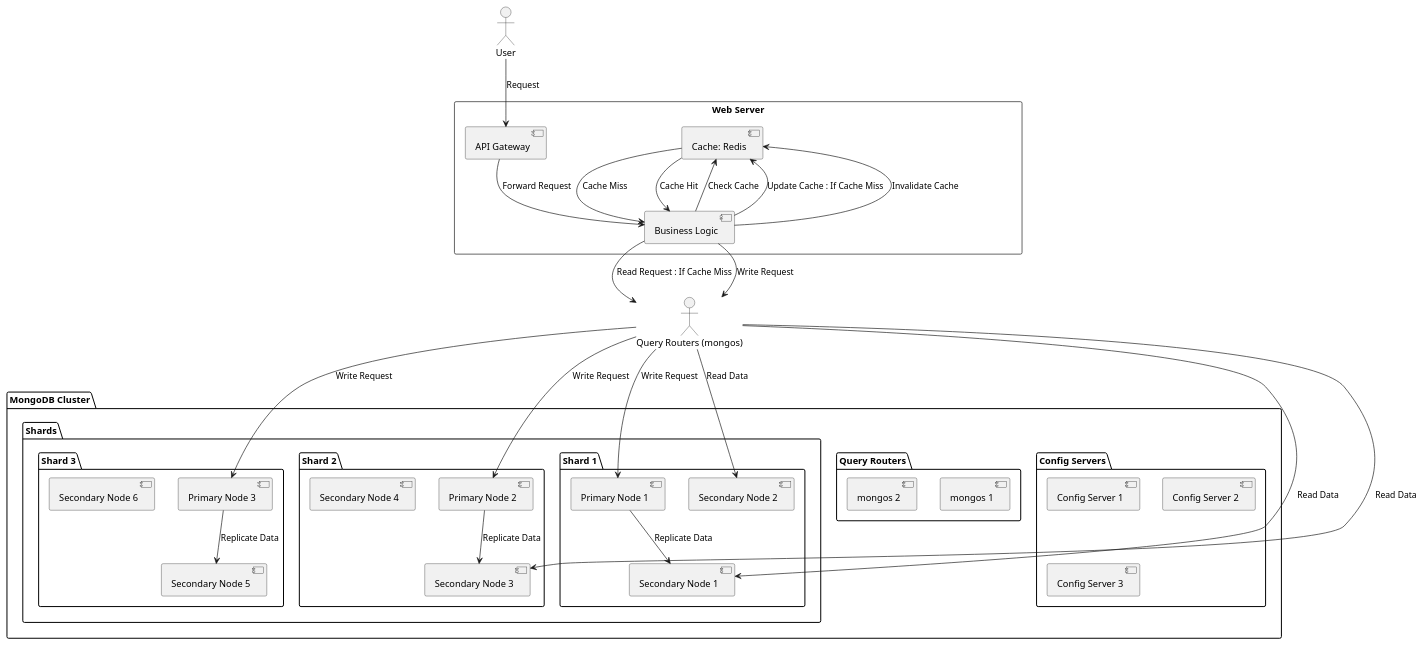
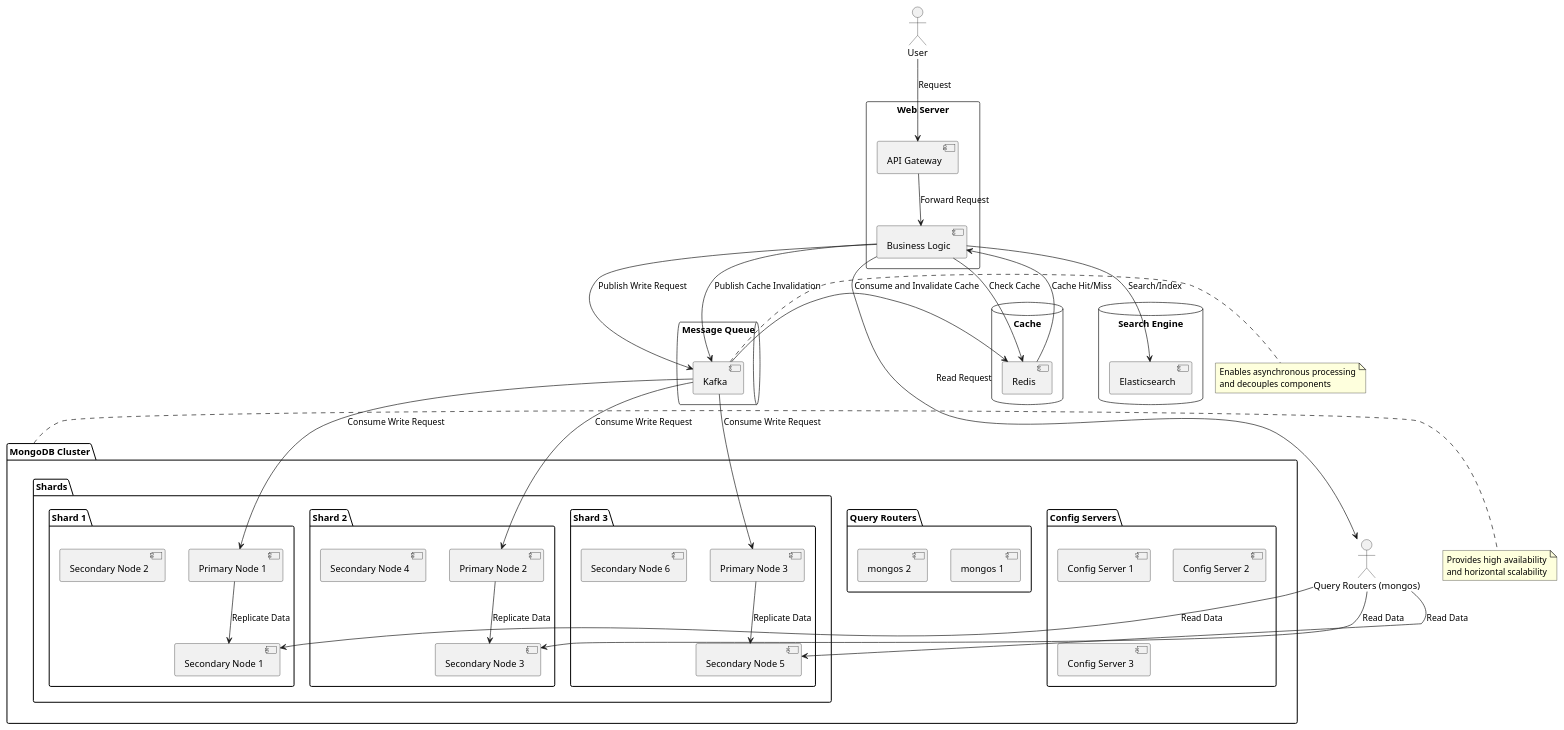
Before and after one commit to huangyingw/system_design: the diagram in high_traffic_calendar/high_traffic_calendar_mongodb_architecture.puml, drawn with PlantUML.

```diff
--- a/high_traffic_calendar/high_traffic_calendar_mongodb_architecture.puml
+++ b/high_traffic_calendar/high_traffic_calendar_mongodb_architecture.puml
@@ -1,64 +1,87 @@
 @startuml
 
 package "MongoDB Cluster" {
-
   package "Config Servers" {
     [Config Server 1]
     [Config Server 2]
     [Config Server 3]
   }
   
   package "Query Routers" {
     [mongos 1]
     [mongos 2]
   }
   
   package "Shards" {
     package "Shard 1" {
       [Primary Node 1]
       [Secondary Node 1]
       [Secondary Node 2]
     }
     package "Shard 2" {
       [Primary Node 2]
       [Secondary Node 3]
       [Secondary Node 4]
     }
     package "Shard 3" {
       [Primary Node 3]
       [Secondary Node 5]
       [Secondary Node 6]
     }
   }
 }
 
 actor User
 
 rectangle "Web Server" {
   [API Gateway]
   [Business Logic]
-  [Cache: Redis]
+}
+
+database "Cache" {
+  [Redis]
+}
+
+queue "Message Queue" {
+  [Kafka]
+}
+
+database "Search Engine" {
+  [Elasticsearch]
 }
 
 User --> "API Gateway": Request
 "API Gateway" --> "Business Logic": Forward Request
-"Business Logic" --> "Cache: Redis": Check Cache
-"Cache: Redis" --> "Business Logic": Cache Hit
-"Cache: Redis" -> "Business Logic": Cache Miss
+"Business Logic" --> "Redis": Check Cache
+"Redis" --> "Business Logic": Cache Hit/Miss
 
-"Business Logic" --> "Query Routers (mongos)": Read Request : If Cache Miss
+"Business Logic" --> "Query Routers (mongos)": Read Request
 "Query Routers (mongos)" --> "Secondary Node 1": Read Data
-"Query Routers (mongos)" --> "Secondary Node 2": Read Data
 "Query Routers (mongos)" --> "Secondary Node 3": Read Data
-"Business Logic" --> "Cache: Redis": Update Cache : If Cache Miss
+"Query Routers (mongos)" --> "Secondary Node 5": Read Data
 
-"Business Logic" --> "Query Routers (mongos)": Write Request
-"Query Routers (mongos)" --> "Primary Node 1": Write Request
-"Query Routers (mongos)" --> "Primary Node 2": Write Request
-"Query Routers (mongos)" --> "Primary Node 3": Write Request
+"Business Logic" --> "Kafka": Publish Write Request
+"Kafka" --> "Primary Node 1": Consume Write Request
+"Kafka" --> "Primary Node 2": Consume Write Request
+"Kafka" --> "Primary Node 3": Consume Write Request
+
 "Primary Node 1" --> "Secondary Node 1": Replicate Data
 "Primary Node 2" --> "Secondary Node 3": Replicate Data
 "Primary Node 3" --> "Secondary Node 5": Replicate Data
-"Business Logic" --> "Cache: Redis": Invalidate Cache
+
+"Business Logic" --> "Kafka": Publish Cache Invalidation
+"Kafka" --> "Redis": Consume and Invalidate Cache
+
+"Business Logic" --> "Elasticsearch": Search/Index
+
+note right of "Kafka"
+  Enables asynchronous processing
+  and decouples components
+end note
+
+note right of "MongoDB Cluster"
+  Provides high availability
+  and horizontal scalability
+end note
 
 @enduml
```
